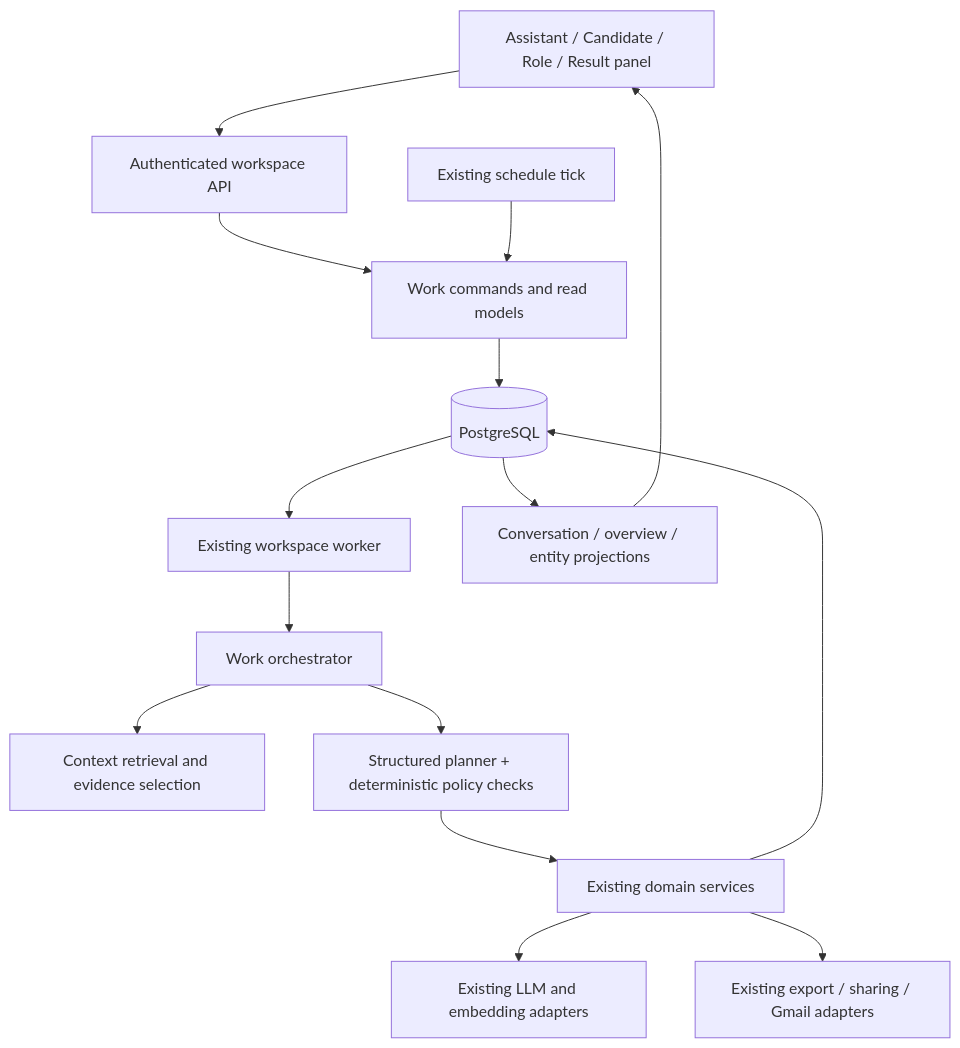
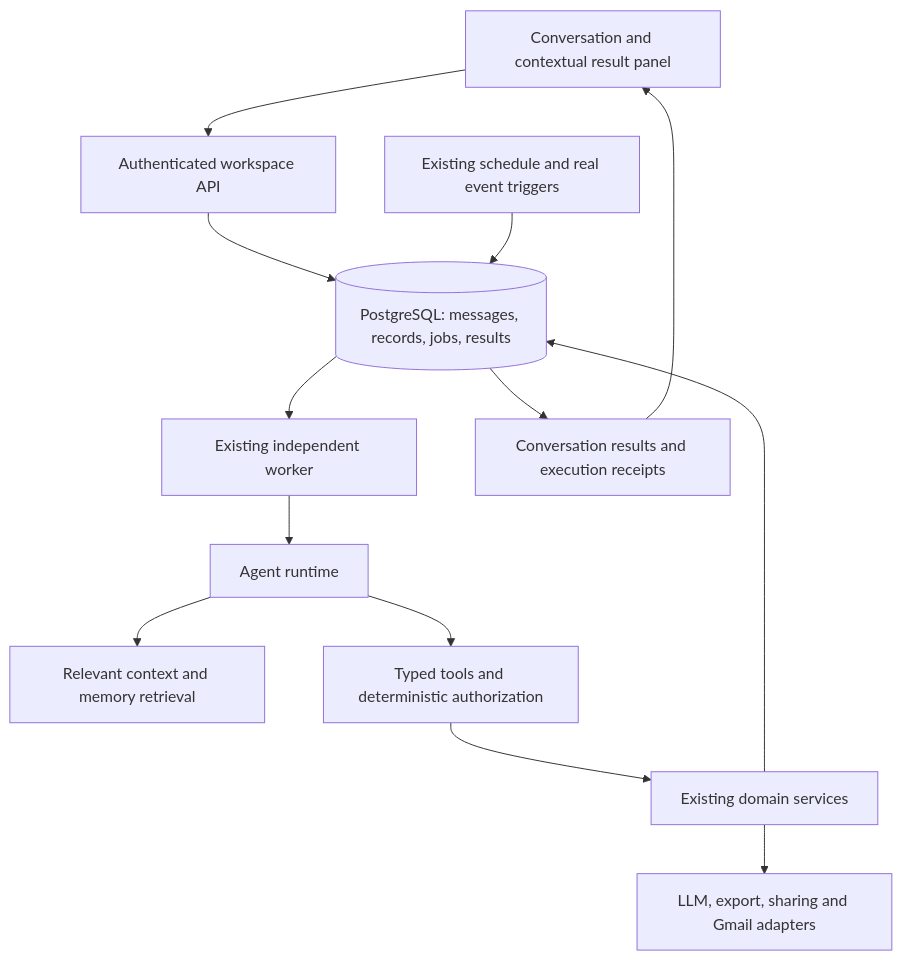
The diagram in docs/product/personal-agent-architecture-and-interaction.md (JiangZhihao123/hirelix), drawn with Mermaid before and after one commit. The commit also changed other lines of this file and 4 other files, not shown here.

````diff
--- a/docs/product/personal-agent-architecture-and-interaction.md
+++ b/docs/product/personal-agent-architecture-and-interaction.md
@@ -144,17 +150,15 @@
 ```mermaid
 flowchart TD
-    UI[Assistant / Candidate / Role / Result panel] --> API[Authenticated workspace API]
-    API --> WC[Work commands and read models]
-    WC --> DB[(PostgreSQL)]
-    DB --> W[Existing workspace worker]
-    W --> O[Work orchestrator]
-    O --> C[Context retrieval and evidence selection]
-    O --> P[Structured planner + deterministic policy checks]
-    P --> D[Existing domain services]
+    UI[Conversation and contextual result panel] --> API[Authenticated workspace API]
+    API --> DB[(PostgreSQL: messages, records, jobs, results)]
+    DB --> W[Existing independent worker]
+    W --> A[Agent runtime]
+    A --> C[Relevant context and memory retrieval]
+    A --> T[Typed tools and deterministic authorization]
+    T --> D[Existing domain services]
     D --> DB
-    D --> L[Existing LLM and embedding adapters]
-    D --> E[Existing export / sharing / Gmail adapters]
-    S[Existing schedule tick] --> WC
-    DB --> V[Conversation / overview / entity projections]
-    V --> UI
+    D --> X[LLM, export, sharing and Gmail adapters]
+    S[Existing schedule and real event triggers] --> DB
+    DB --> R[Conversation results and execution receipts]
+    R --> UI
 ```
````
